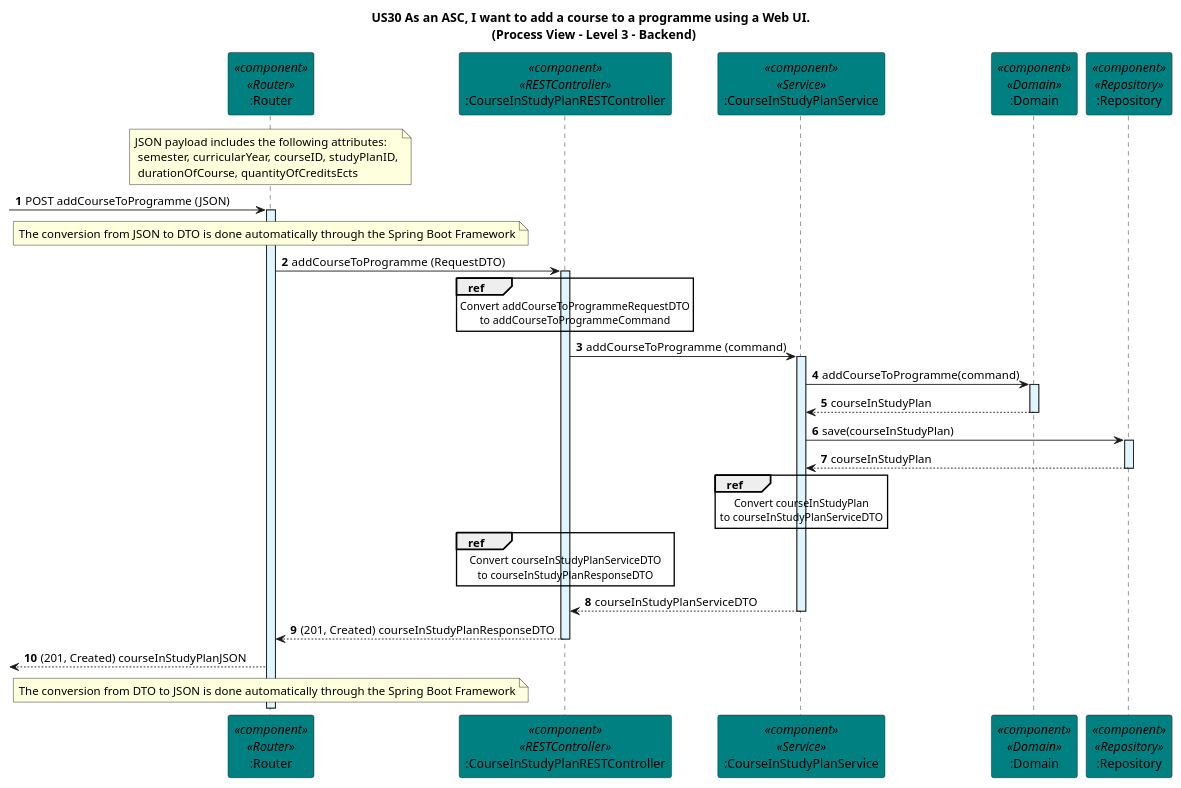
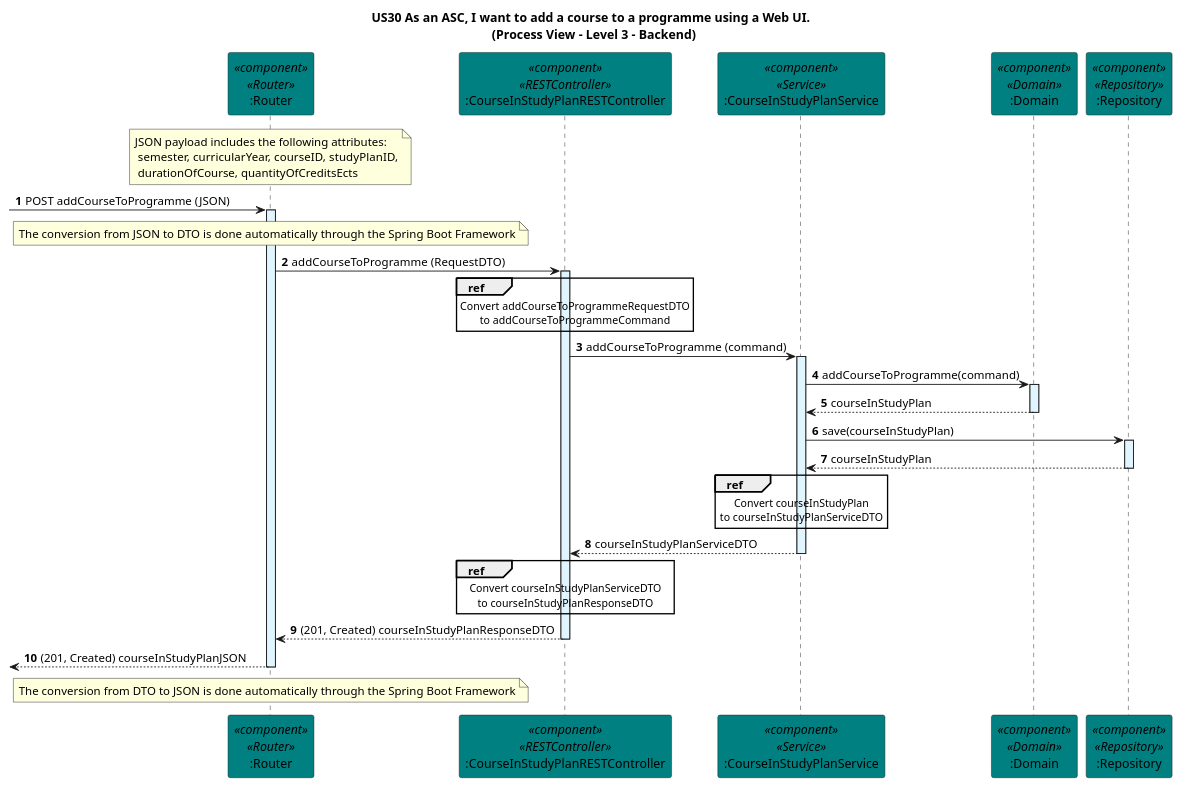
The diagram in docs/US30/Sprint_6_REST_API/Process View/Level3Granularity.puml (GasparISEP/DevOps-PAI), drawn with PlantUML before and after one commit. The commit also changed 3 other files, not shown here.

Commit message:
refact: update sequence diagram for courseInStudyPlan service interactions #706

```diff
--- a/docs/US30/Sprint_6_REST_API/Process View/Level3Granularity.puml
+++ b/docs/US30/Sprint_6_REST_API/Process View/Level3Granularity.puml
@@ -1,63 +1,63 @@
 @startuml
 
 title US30 As an ASC, I want to add a course to a programme using a Web UI. \n (Process View - Level 3 - Backend)
 
 autonumber
 
 participant ":Router" as router <<component>> <<Router>> #teal
 participant ":CourseInStudyPlanRESTController" as restController <<component>> <<RESTController>> #teal
 participant ":CourseInStudyPlanService" as service <<component>> <<Service>> #teal
 participant ":Domain" as domain <<component>> <<Domain>> #teal
 participant ":Repository" as repository <<component>> <<Repository>> #teal
 
 note over router: JSON payload includes the following attributes:\n semester, curricularYear, courseID, studyPlanID,\n durationOfCourse, quantityOfCreditsEcts
 
 -> router: POST addCourseToProgramme (JSON)
 activate router #E1F5FE
 
 note over router: The conversion from JSON to DTO is done automatically through the Spring Boot Framework
 
 router -> restController: addCourseToProgramme (RequestDTO)
 activate restController #E1F5FE
 
 ref over restController
     Convert addCourseToProgrammeRequestDTO
     to addCourseToProgrammeCommand
 end
 
 restController -> service: addCourseToProgramme (command)
 activate service #E1F5FE
 
 service -> domain: addCourseToProgramme(command)
 activate domain #E1F5FE
 
 domain --> service: courseInStudyPlan
 deactivate domain
 
 service -> repository: save(courseInStudyPlan)
 activate repository #E1F5FE
 
 repository --> service: courseInStudyPlan
 deactivate repository
 
 ref over service
     Convert courseInStudyPlan
     to courseInStudyPlanServiceDTO
 end
 
+
+service --> restController: courseInStudyPlanServiceDTO
+deactivate service
 ref over restController
     Convert courseInStudyPlanServiceDTO
     to courseInStudyPlanResponseDTO
 end
 
-service --> restController: courseInStudyPlanServiceDTO
-deactivate service
+restController --> router: (201, Created) courseInStudyPlanResponseDTO
 
-restController --> router: (201, Created) courseInStudyPlanResponseDTO
 deactivate restController
-
 <-- router: (201, Created) courseInStudyPlanJSON
-
+deactivate router
 note over router: The conversion from DTO to JSON is done automatically through the Spring Boot Framework
 
 @enduml
```
